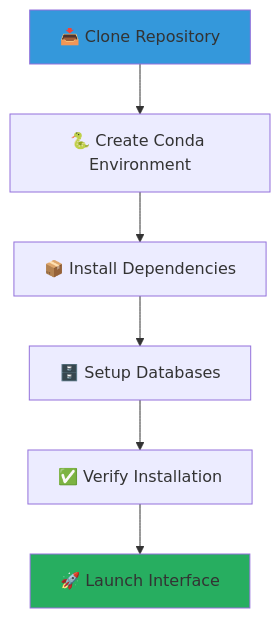
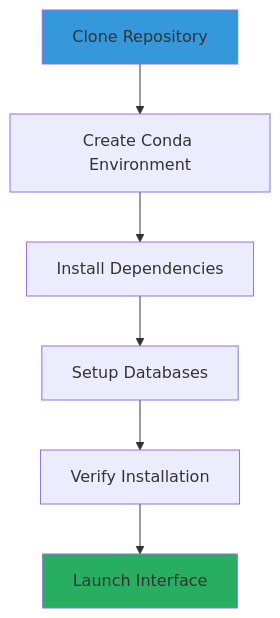
Before and after one commit to MargotBelot/HieraticAI: the first of 2 diagrams in GETTING_STARTED.md, drawn with Mermaid. The commit also changed other lines of this file and 2410 other files, not shown here.

````diff
--- a/GETTING_STARTED.md
+++ b/GETTING_STARTED.md
@@ -32,11 +32,11 @@
 ```mermaid
 graph TD
-    A[📥 Clone Repository] --> B[🐍 Create Conda Environment]
-    B --> C[📦 Install Dependencies] 
-    C --> D[🗄️ Setup Databases]
-    D --> E[✅ Verify Installation]
-    E --> F[🚀 Launch Interface]
+    A[Clone Repository] --> B[Create Conda Environment]
+    B --> C[Install Dependencies] 
+    C --> D[Setup Databases]
+    D --> E[Verify Installation]
+    E --> F[Launch Interface]
     
     style A fill:#3498db
     style F fill:#27ae60
 ```
````
